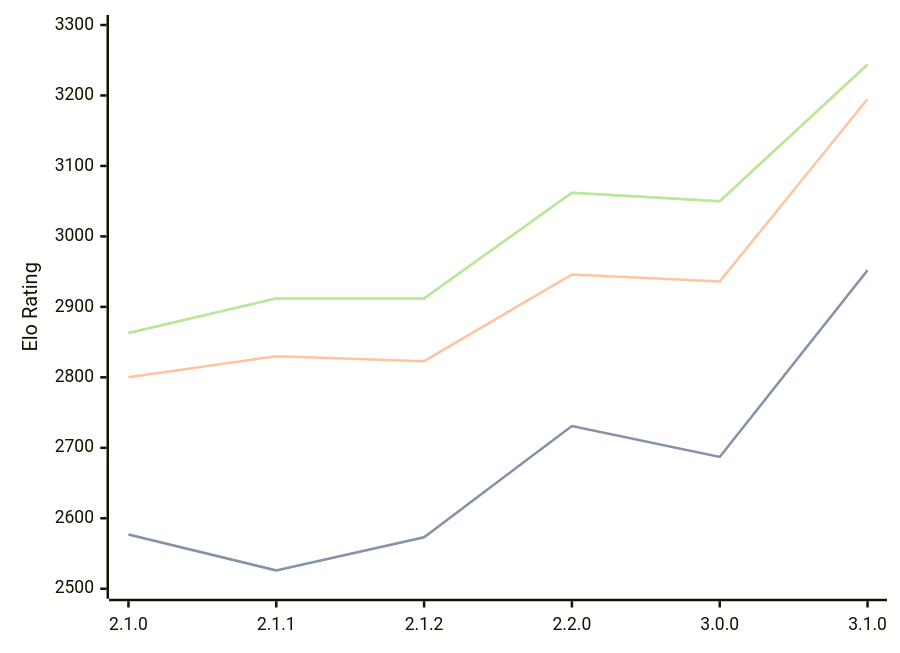
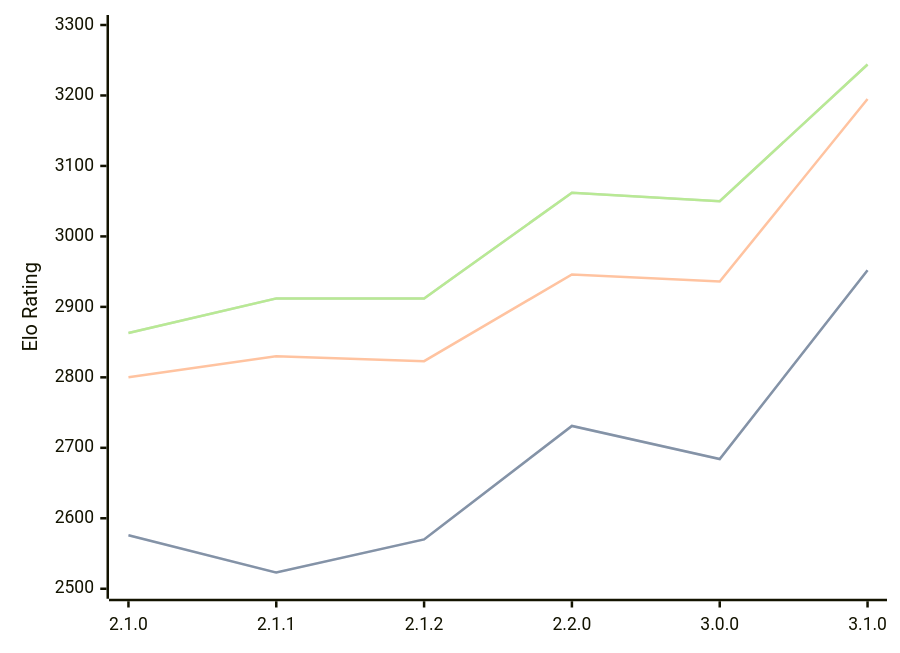
The diagram in engines/Prune.md (computer-chess-index/cci), drawn with Mermaid before and after one commit. The commit also changed other lines of this file, not shown here.

````diff
--- a/engines/Prune.md
+++ b/engines/Prune.md
@@ -37,11 +37,11 @@
 ```mermaid
 %%{init: {"theme":"base","themeVariables":{"seriesColors:['#a3a3a3','#222221','#faa371']}}}%%
 xychart-beta
   x-axis ["2.1.0", "2.1.1", "2.1.2", "2.2.0", "3.0.0", "3.1.0"]
   y-axis "Elo Rating" 2500 --> 3300
-  line "STC (8.0+0.08s)" [2577, 2526, 2573, 2731, 2687, 2952]
-  line "STC (8.0+0.08s)" [2577, 2526, 2573, 2731, 2687, 2952]
+  line "STC (8.0+0.08s)" [2576, 2523, 2570, 2731, 2684, 2952]
+  line "STC (8.0+0.08s)" [2576, 2523, 2570, 2731, 2684, 2952]
   line "LTC (60.0+0.60s)" [2800, 2830, 2823, 2946, 2936, 3195]
   line "VLTC (2m24s+1.12s)" [2863, 2912, 2912, 3062, 3050, 3244]
   line "VLTC (2m24s+1.12s)" [2863, 2912, 2912, 3062, 3050, 3244]
 ```
````
